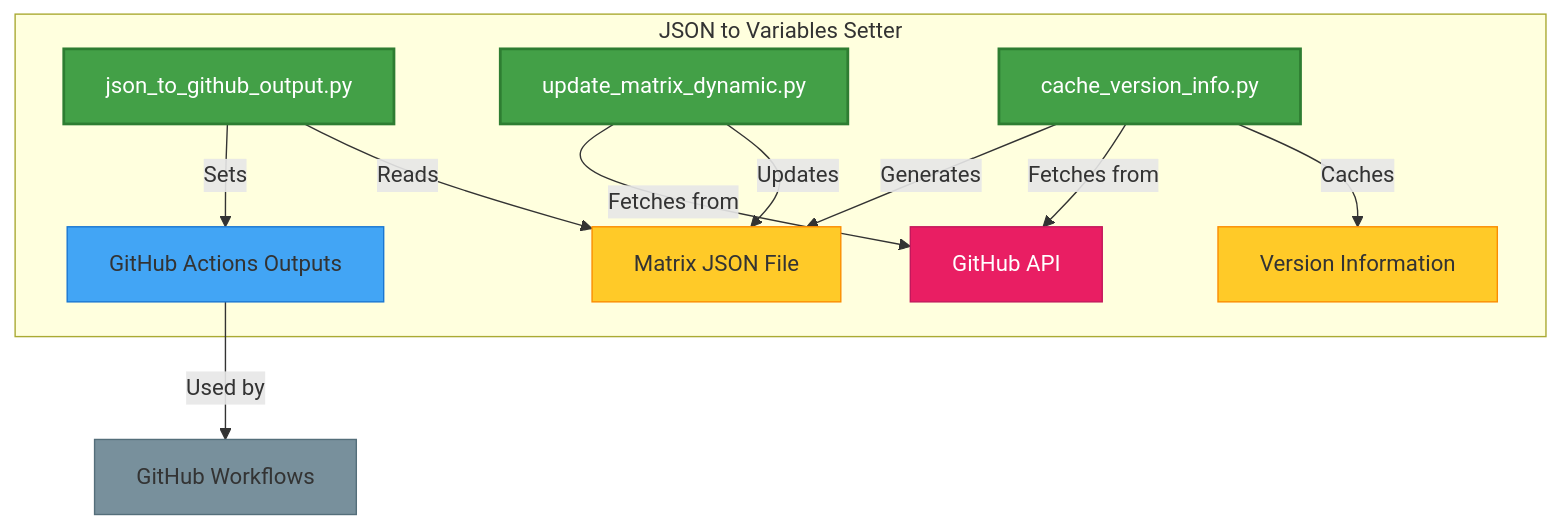
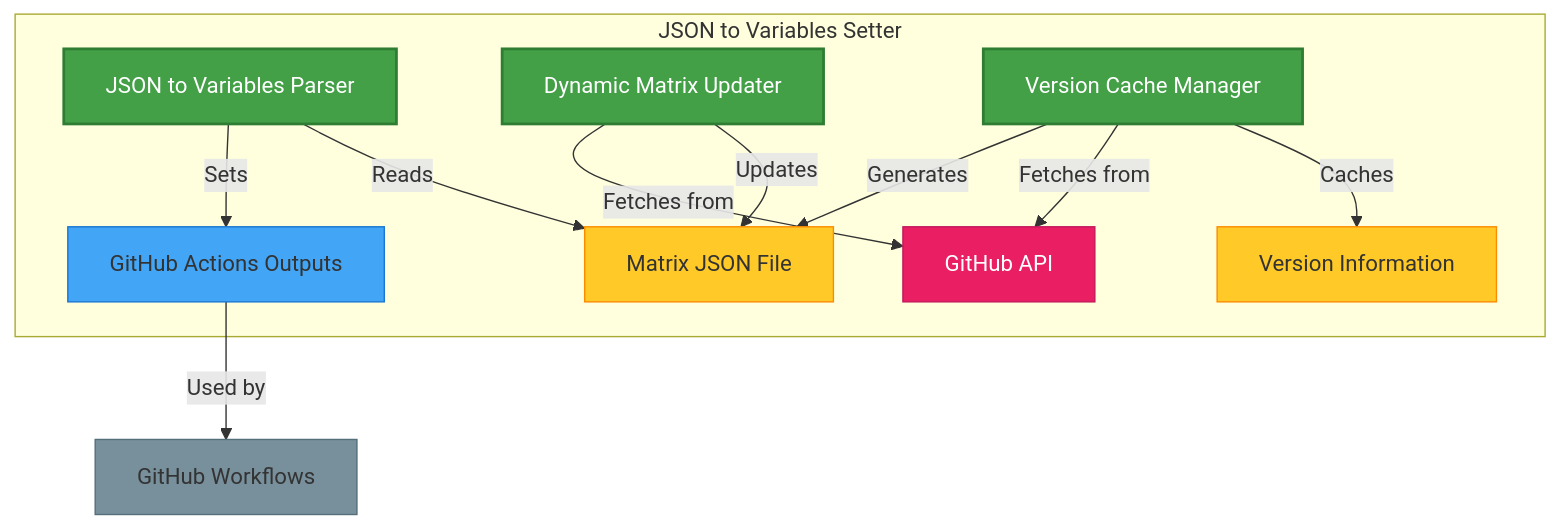
One commit to 7rikazhexde/json2vars-setter changed the first of 2 diagrams in docs/features/index.md. Above: the diagram before and after it, drawn with Mermaid. The commit also changed 5 other files, not shown here.

Commit message:
:recycle: Update SVG diagram for JSON to Variables Setter flowchart with improved dimensions and node labels

````diff
--- a/docs/features/index.md
+++ b/docs/features/index.md
@@ -7,28 +7,28 @@
 ```mermaid
 graph TD
     subgraph "JSON to Variables Setter"
-        A[json_to_github_output.py] -->|Reads| B[Matrix JSON File]
+        A[JSON to Variables Parser ] -->|Reads| B[Matrix JSON File]
         A -->|Sets| C[GitHub Actions Outputs]
 
-        D[update_matrix_dynamic.py] -->|Updates| B
+        D[Dynamic Matrix Updater] -->|Updates| B
         D -->|Fetches from| E[GitHub API]
 
-        F[cache_version_info.py] -->|Caches| G[Version Information]
+        F[Version Cache Manager] -->|Caches| G[Version Information]
         F -->|Fetches from| E
         F -->|Generates| B
     end
 
     C -->|Used by| I[GitHub Workflows]
 
     classDef core fill:#43a047,stroke:#2e7d32,stroke-width:2px,color:#fff
     classDef file fill:#ffca28,stroke:#fb8c00,stroke-width:1px,color:#333333
     classDef output fill:#42a5f5,stroke:#1976d2,stroke-width:1px
     classDef external fill:#78909c,stroke:#546e7a,stroke-width:1px
     classDef api fill:#e91e63,stroke:#c2185b,stroke-width:1px,color:#fff
 
     class A,D,F core
     class B,G file
     class C output
     class I external
     class E api
 ```
````
